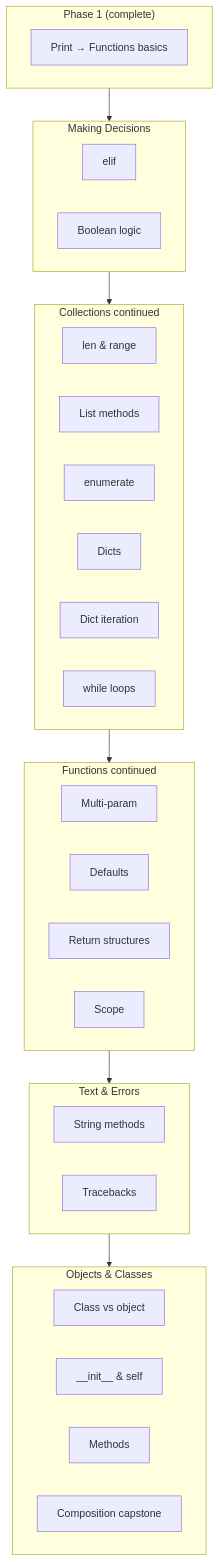
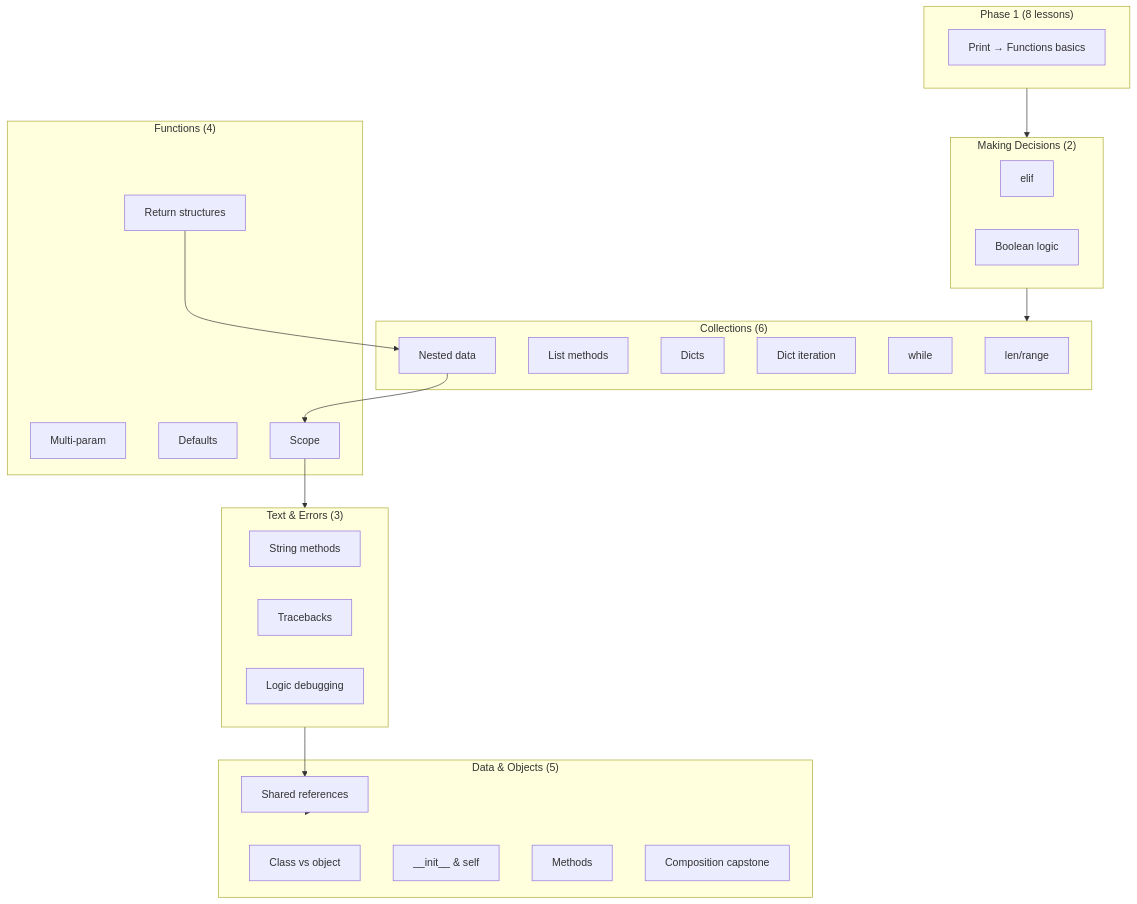
The diagram in docs/phase2-curriculum-plan.md (grodriguez4321-tech/learning-snake), drawn with Mermaid before and after one commit. The commit also changed other lines of this file, not shown here.

First line of the commit message:
Revise Phase 2 curriculum plan per approval feedback

````diff
--- a/docs/phase2-curriculum-plan.md
+++ b/docs/phase2-curriculum-plan.md
@@ -52,35 +58,39 @@
 ```mermaid
 flowchart TB
-  subgraph P1["Phase 1 (complete)"]
+  subgraph P1["Phase 1 (8 lessons)"]
     L1[Print → Functions basics]
   end
-  subgraph S2["Making Decisions"]
+  subgraph S2["Making Decisions (2)"]
     L9[elif]
     L10[Boolean logic]
   end
-  subgraph S3["Collections continued"]
-    L11[len & range]
+  subgraph S3["Collections (6)"]
+    L11[len/range]
     L12[List methods]
-    L13[enumerate]
-    L14[Dicts]
-    L15[Dict iteration]
-    L16[while loops]
+    L13[Dicts]
+    L14[Dict iteration]
+    L15[while]
+    L19[Nested data]
   end
-  subgraph S4["Functions continued"]
-    L17[Multi-param]
-    L18[Defaults]
-    L19[Return structures]
+  subgraph S4["Functions (4)"]
+    L16[Multi-param]
+    L17[Defaults]
+    L18[Return structures]
     L20[Scope]
   end
-  subgraph S5["Text & Errors"]
+  subgraph S5["Text & Errors (3)"]
     L21[String methods]
     L22[Tracebacks]
+    L23[Logic debugging]
   end
-  subgraph S6["Objects & Classes"]
-    L23[Class vs object]
-    L24[__init__ & self]
-    L25[Methods]
-    L26[Composition capstone]
+  subgraph S6["Data & Objects (5)"]
+    L24[Shared references]
+    L25[Class vs object]
+    L26[__init__ & self]
+    L27[Methods]
+    L28[Composition capstone]
   end
-  P1 --> S2 --> S3 --> S4 --> S5 --> S6
+  P1 --> S2 --> S3
+  L18 --> L19 --> L20
+  L20 --> S5 --> L24 --> S6
 ```
````
